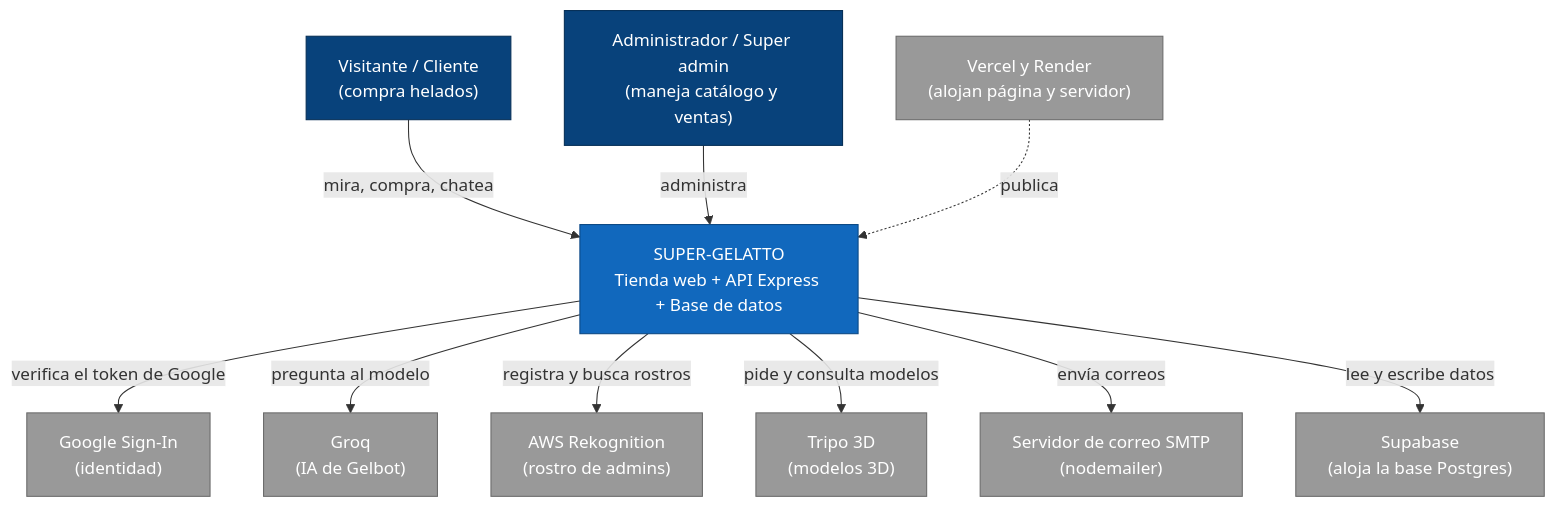
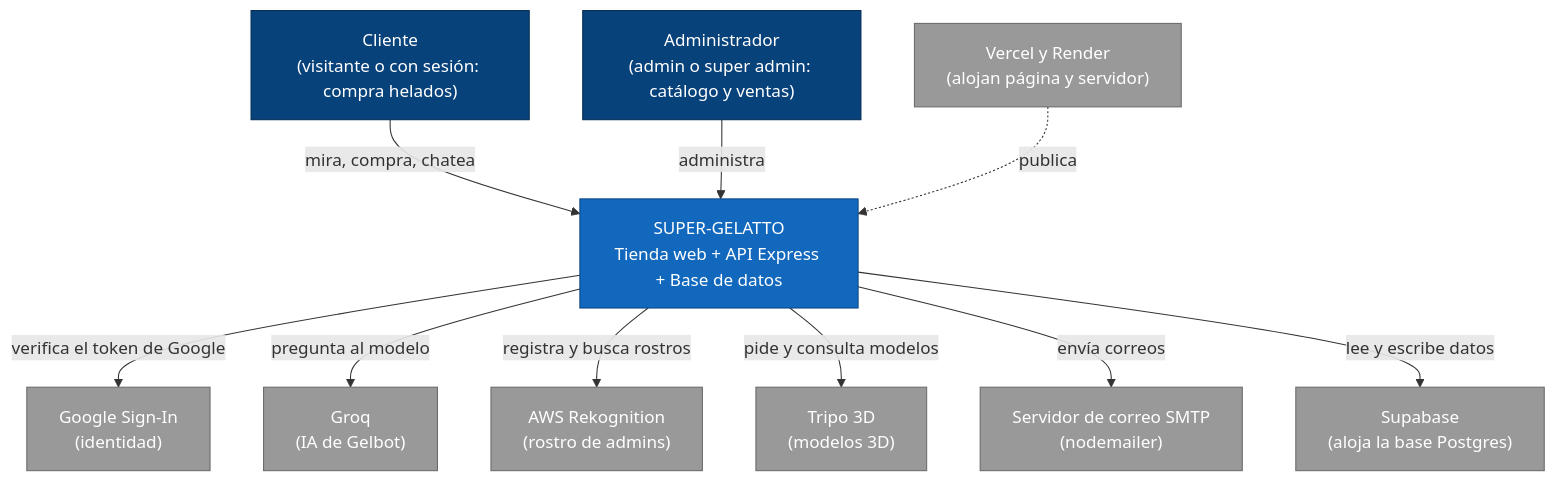
The diagram in docs/arquitectura/02-contexto.md (cristian-0023/SUPER-GELATTO), drawn with Mermaid before and after one commit. The commit also changed 3 other files, not shown here.

````diff
--- a/docs/arquitectura/02-contexto.md
+++ b/docs/arquitectura/02-contexto.md
@@ -13,29 +13,29 @@
 ```mermaid
 flowchart TB
   classDef persona fill:#08427b,stroke:#052e56,color:#fff
   classDef sistema fill:#1168bd,stroke:#0b4884,color:#fff
   classDef externo fill:#999999,stroke:#6b6b6b,color:#fff
 
-  V["Visitante / Cliente<br/>(compra helados)"]:::persona
-  A["Administrador / Super admin<br/>(maneja catálogo y ventas)"]:::persona
+  V["Cliente<br/>(visitante o con sesión: compra helados)"]:::persona
+  A["Administrador<br/>(admin o super admin: catálogo y ventas)"]:::persona
 
   SG["SUPER-GELATTO<br/>Tienda web + API Express + Base de datos"]:::sistema
 
   G["Google Sign-In<br/>(identidad)"]:::externo
   Q["Groq<br/>(IA de Gelbot)"]:::externo
   R["AWS Rekognition<br/>(rostro de admins)"]:::externo
   T["Tripo 3D<br/>(modelos 3D)"]:::externo
   M["Servidor de correo SMTP<br/>(nodemailer)"]:::externo
   S["Supabase<br/>(aloja la base Postgres)"]:::externo
   H["Vercel y Render<br/>(alojan página y servidor)"]:::externo
 
   V -->|"mira, compra, chatea"| SG
   A -->|"administra"| SG
   SG -->|"verifica el token de Google"| G
   SG -->|"pregunta al modelo"| Q
   SG -->|"registra y busca rostros"| R
   SG -->|"pide y consulta modelos"| T
   SG -->|"envía correos"| M
   SG -->|"lee y escribe datos"| S
   H -.->|"publica"| SG
 ```
````
